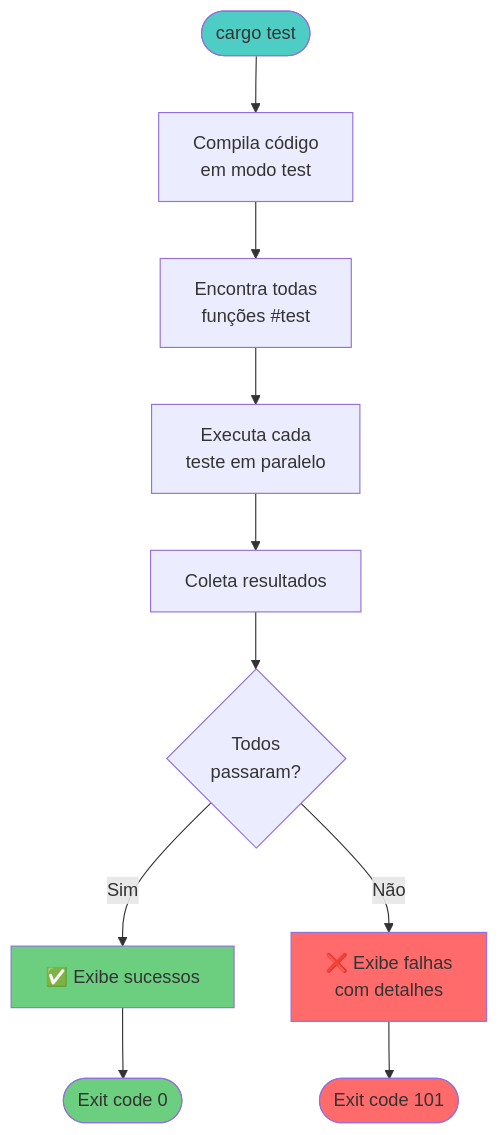
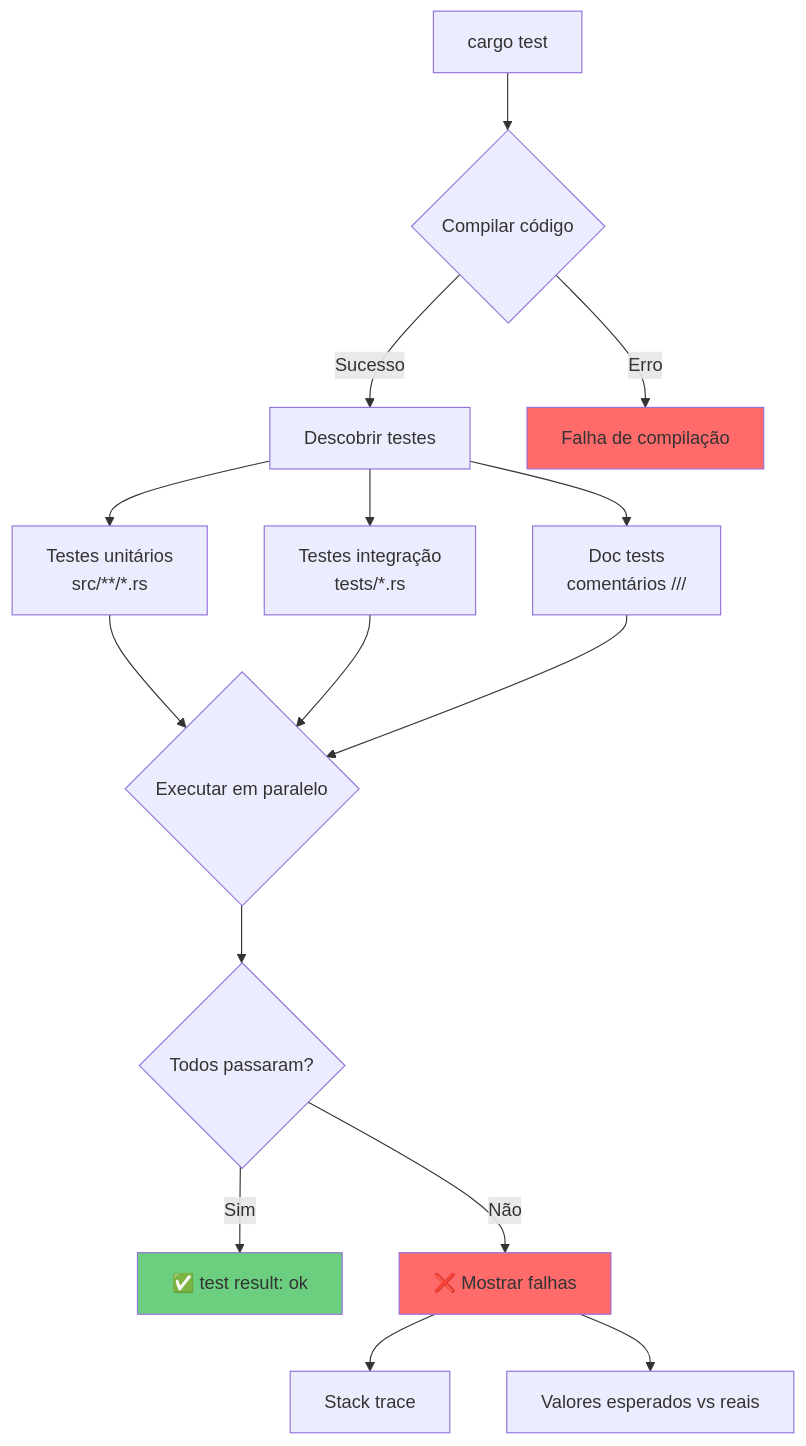
Before and after one commit to thgbianeck/rust-iniciantes: the third of 4 diagrams in fase01-fundamentos/dia12/dia12.md, drawn with Mermaid. The commit also changed other lines of this file, not shown here.

````diff
--- a/fase01-fundamentos/dia12/dia12.md
+++ b/fase01-fundamentos/dia12/dia12.md
@@ -133,29 +332,25 @@
 ```mermaid
 flowchart TD
-    START([cargo test])
-    COMPILE[Compila código<br/>em modo test]
-    FIND[Encontra todas<br/>funções #test]
-    RUN[Executa cada<br/>teste em paralelo]
-    COLLECT[Coleta resultados]
-    DECISION{Todos<br/>passaram?}
-    SUCCESS[✅ Exibe sucessos]
-    FAIL[❌ Exibe falhas<br/>com detalhes]
-    EXIT_OK([Exit code 0])
-    EXIT_ERR([Exit code 101])
+    A[cargo test] --> B{Compilar código}
+    B -->|Sucesso| C[Descobrir testes]
+    B -->|Erro| Z[Falha de compilação]
     
-    START --> COMPILE
-    COMPILE --> FIND
-    FIND --> RUN
-    RUN --> COLLECT
-    COLLECT --> DECISION
-    DECISION -->|Sim| SUCCESS
-    DECISION -->|Não| FAIL
-    SUCCESS --> EXIT_OK
-    FAIL --> EXIT_ERR
+    C --> D[Testes unitários<br/>src/**/*.rs]
+    C --> E[Testes integração<br/>tests/*.rs]
+    C --> F[Doc tests<br/>comentários ///]
     
-    style START fill:#4ecdc4
-    style SUCCESS fill:#6bcf7f
-    style FAIL fill:#ff6b6b
-    style EXIT_OK fill:#6bcf7f
-    style EXIT_ERR fill:#ff6b6b
+    D --> G{Executar em paralelo}
+    E --> G
+    F --> G
+    
+    G --> H{Todos passaram?}
+    H -->|Sim| I[✅ test result: ok]
+    H -->|Não| J[❌ Mostrar falhas]
+    
+    J --> K[Stack trace]
+    J --> L[Valores esperados vs reais]
+    
+    style I fill:#6bcf7f
+    style J fill:#ff6b6b
+    style Z fill:#ff6b6b
 ```
````
